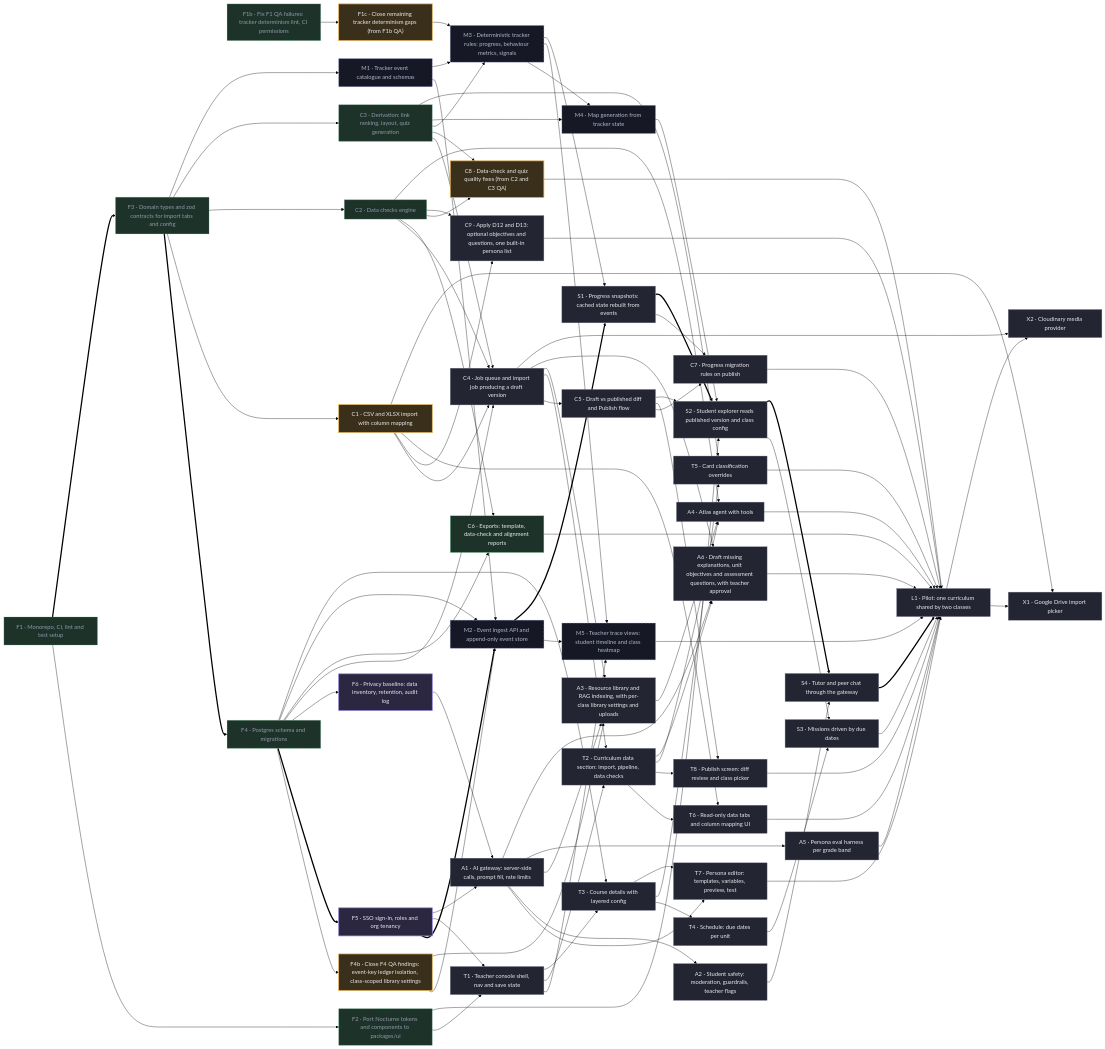
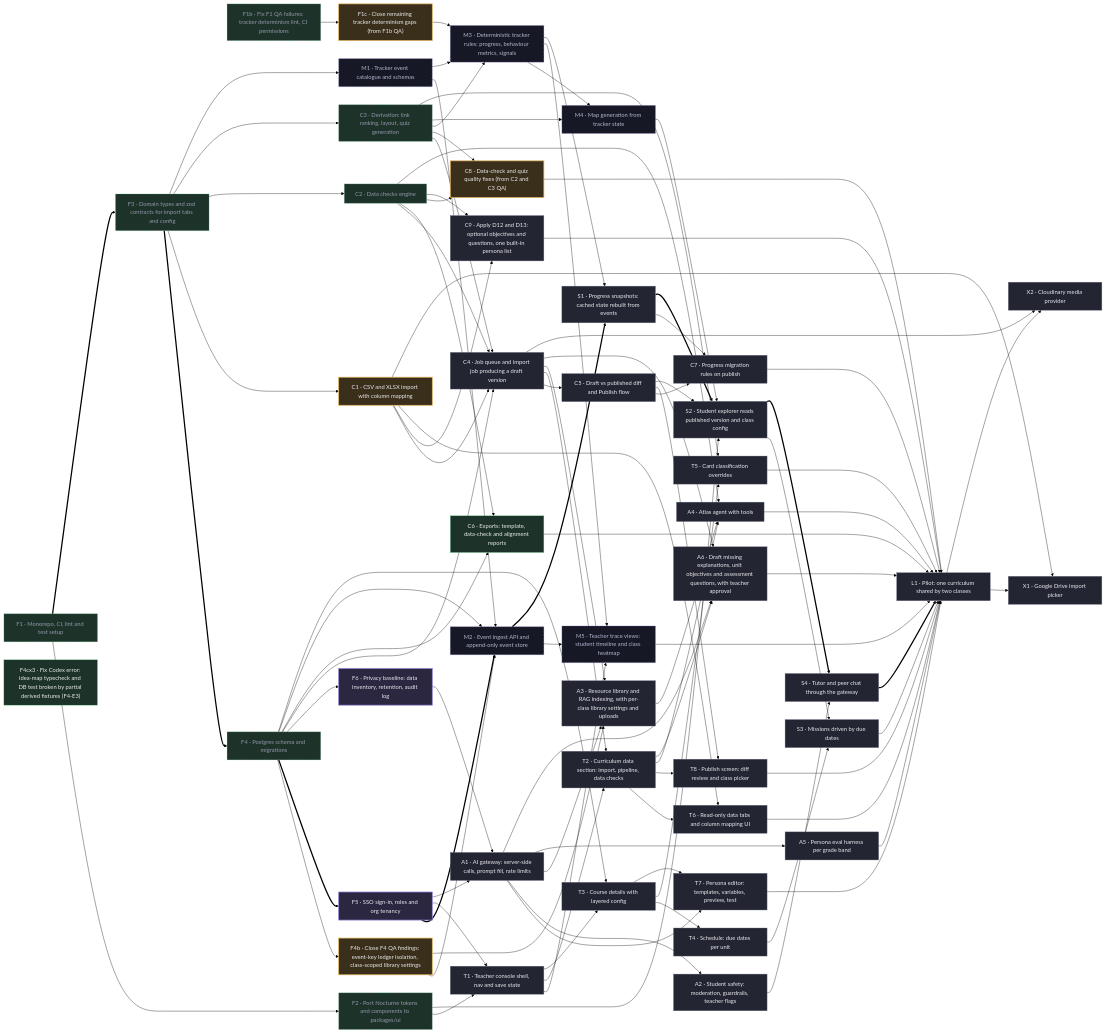
Before and after one commit to tenkevin/mind-your-tutor: the diagram in docs/PLAN.md, drawn with Mermaid (forest theme). The commit also changed other lines of this file and 2 other files, not shown here.

First line of the commit message:
qa: Codex F4-E3 -> F4cx3 (immediate: idea-map CI red since F4 merge)

````diff
--- a/docs/PLAN.md
+++ b/docs/PLAN.md
@@ -92,6 +94,7 @@
   F3["F3 · Domain types and zod contracts for import tabs and config"]
   F4["F4 · Postgres schema and migrations"]
   F4b["F4b · Close F4 QA findings: event-key ledger isolation, class-scoped library settings"]
+  F4cx3["F4cx3 · Fix Codex error: idea-map typecheck and DB test broken by partial derived fixtures (F4-E3)"]
   F5["F5 · SSO sign-in, roles and org tenancy"]
   F6["F6 · Privacy baseline: data inventory, retention, audit log"]
   C1["C1 · CSV and XLSX import with column mapping"]
@@ -231,6 +234,6 @@
   class F5,F6 doing
   class F1c,F4b,C1,C8 review
   class F1,F1b,F2,F3,F4,C2,C3 done
-  class C6 ready
+  class F4cx3,C6 ready
   class M1,M2,M3,M4,M5 spec
 ```
````
